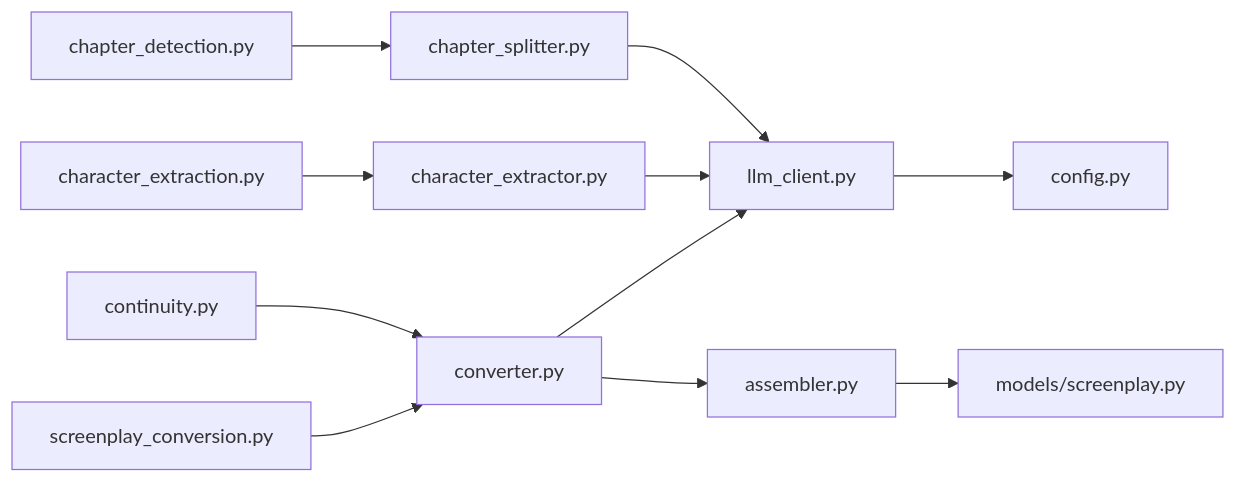
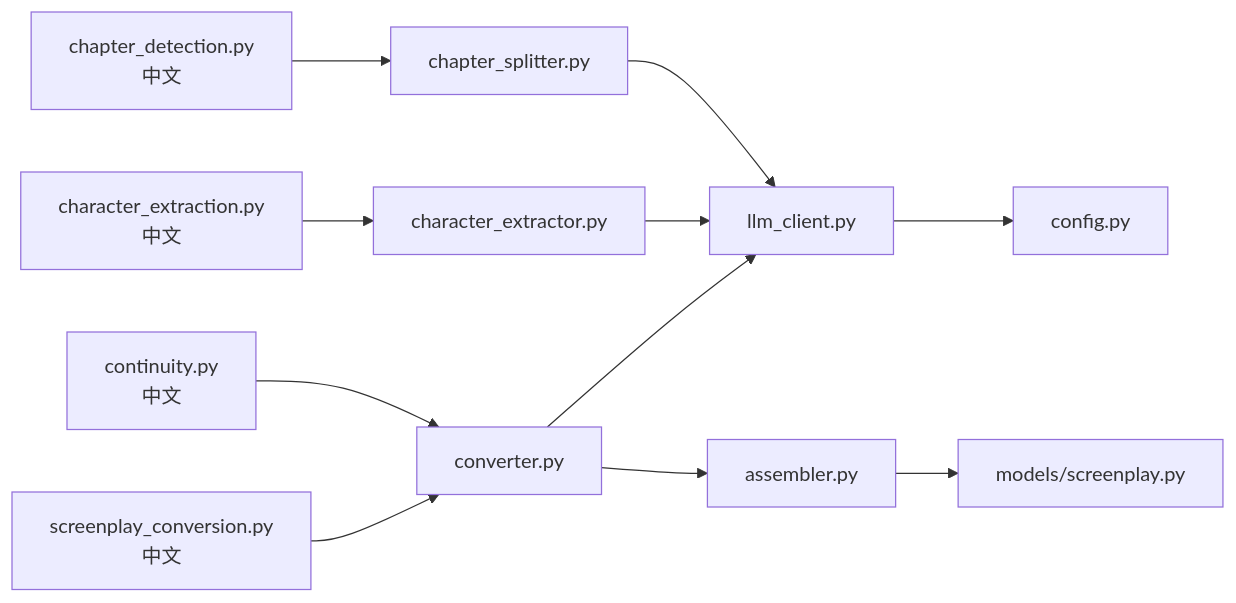
The eighth of 8 diagrams in .qoder/repowiki/zh/content/LLM集成/提示工程设计.md (tjujingzong/Novel-to-Screenplay), drawn with Mermaid before and after one commit. The commit also changed other lines of this file and 21 other files, not shown here.

````diff
--- a/.qoder/repowiki/zh/content/LLM集成/提示工程设计.md
+++ b/.qoder/repowiki/zh/content/LLM集成/提示工程设计.md
@@ -334,13 +340,13 @@
 ```mermaid
 graph LR
-ConvPrompts["screenplay_conversion.py"] --> Converter["converter.py"]
-ContPrompts["continuity.py"] --> Converter
-CharPrompts["character_extraction.py"] --> CharExtractor["character_extractor.py"]
-ChDetPrompts["chapter_detection.py"] --> Splitter["chapter_splitter.py"]
+ConvPrompts["screenplay_conversion.py<br/>中文"] --> Converter["converter.py"]
+ContPrompts["continuity.py<br/>中文"] --> Converter
+CharPrompts["character_extraction.py<br/>中文"] --> CharExtractor["character_extractor.py"]
+ChDetPrompts["chapter_detection.py<br/>中文"] --> Splitter["chapter_splitter.py"]
 Converter --> LLM["llm_client.py"]
 CharExtractor --> LLM
 Splitter --> LLM
 Converter --> Assembler["assembler.py"]
 Assembler --> Models["models/screenplay.py"]
 LLM --> Config["config.py"]
 ```
````
